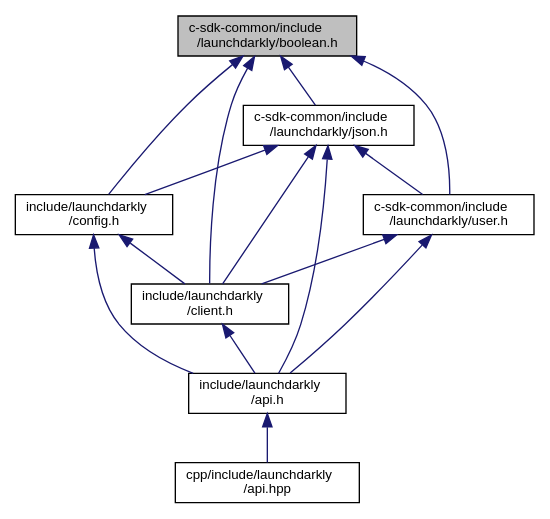
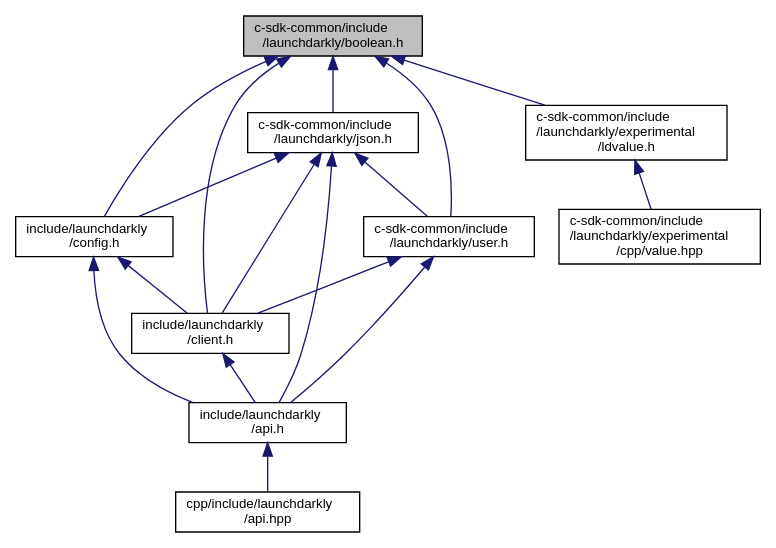
One commit to launchdarkly/c-client-sdk changed the diagram in boolean_8h__dep__incl.dot. Above: the diagram before and after it, drawn with Graphviz. The commit also changed 268 other files, not shown here.

```diff
--- a/boolean_8h__dep__incl.dot
+++ b/boolean_8h__dep__incl.dot
@@ -1,26 +1,31 @@
 digraph "c-sdk-common/include/launchdarkly/boolean.h"
 {
+ // LATEX_PDF_SIZE
   edge [fontname="Helvetica",fontsize="10",labelfontname="Helvetica",labelfontsize="10"];
   node [fontname="Helvetica",fontsize="10",shape=record];
-  Node1 [label="c-sdk-common/include\l/launchdarkly/boolean.h",height=0.2,width=0.4,color="black", fillcolor="grey75", style="filled", fontcolor="black"];
+  Node1 [label="c-sdk-common/include\l/launchdarkly/boolean.h",height=0.2,width=0.4,color="black", fillcolor="grey75", style="filled", fontcolor="black",tooltip="A custom c89 boolean type."];
   Node1 -> Node2 [dir="back",color="midnightblue",fontsize="10",style="solid",fontname="Helvetica"];
-  Node2 [label="include/launchdarkly\l/client.h",height=0.2,width=0.4,color="black", fillcolor="white", style="filled",URL="$client_8h.html",tooltip="Public Client control and variations. "];
+  Node2 [label="include/launchdarkly\l/client.h",height=0.2,width=0.4,color="black", fillcolor="white", style="filled",URL="$client_8h.html",tooltip="Public Client control and variations."];
   Node2 -> Node3 [dir="back",color="midnightblue",fontsize="10",style="solid",fontname="Helvetica"];
-  Node3 [label="include/launchdarkly\l/api.h",height=0.2,width=0.4,color="black", fillcolor="white", style="filled",URL="$api_8h.html",tooltip="Public API. Include this for every public operation. "];
+  Node3 [label="include/launchdarkly\l/api.h",height=0.2,width=0.4,color="black", fillcolor="white", style="filled",URL="$api_8h.html",tooltip="Public API. Include this for every public operation."];
   Node3 -> Node4 [dir="back",color="midnightblue",fontsize="10",style="solid",fontname="Helvetica"];
-  Node4 [label="cpp/include/launchdarkly\l/api.hpp",height=0.2,width=0.4,color="black", fillcolor="white", style="filled",URL="$api_8hpp.html",tooltip="Public C++ bindings for the LaunchDarkly Client Side C/C++ SDK. "];
+  Node4 [label="cpp/include/launchdarkly\l/api.hpp",height=0.2,width=0.4,color="black", fillcolor="white", style="filled",URL="$api_8hpp.html",tooltip="Public C++ bindings for the LaunchDarkly Client Side C/C++ SDK."];
   Node1 -> Node5 [dir="back",color="midnightblue",fontsize="10",style="solid",fontname="Helvetica"];
-  Node5 [label="include/launchdarkly\l/config.h",height=0.2,width=0.4,color="black", fillcolor="white", style="filled",URL="$config_8h.html",tooltip="Public API Interface for Configuration. "];
+  Node5 [label="include/launchdarkly\l/config.h",height=0.2,width=0.4,color="black", fillcolor="white", style="filled",URL="$config_8h.html",tooltip="Public API Interface for Configuration."];
   Node5 -> Node2 [dir="back",color="midnightblue",fontsize="10",style="solid",fontname="Helvetica"];
   Node5 -> Node3 [dir="back",color="midnightblue",fontsize="10",style="solid",fontname="Helvetica"];
   Node1 -> Node6 [dir="back",color="midnightblue",fontsize="10",style="solid",fontname="Helvetica"];
-  Node6 [label="c-sdk-common/include\l/launchdarkly/json.h",height=0.2,width=0.4,color="black", fillcolor="white", style="filled",URL="$json_8h.html",tooltip="Public API Interface for JSON usage. "];
+  Node6 [label="c-sdk-common/include\l/launchdarkly/json.h",height=0.2,width=0.4,color="black", fillcolor="white", style="filled",URL="$json_8h.html",tooltip="Public API Interface for JSON usage."];
   Node6 -> Node5 [dir="back",color="midnightblue",fontsize="10",style="solid",fontname="Helvetica"];
   Node6 -> Node2 [dir="back",color="midnightblue",fontsize="10",style="solid",fontname="Helvetica"];
   Node6 -> Node7 [dir="back",color="midnightblue",fontsize="10",style="solid",fontname="Helvetica"];
-  Node7 [label="c-sdk-common/include\l/launchdarkly/user.h",height=0.2,width=0.4,color="black", fillcolor="white", style="filled",URL="$user_8h.html",tooltip="Public API Interface for User construction. "];
+  Node7 [label="c-sdk-common/include\l/launchdarkly/user.h",height=0.2,width=0.4,color="black", fillcolor="white", style="filled",URL="$user_8h.html",tooltip="Public API Interface for User construction."];
   Node7 -> Node2 [dir="back",color="midnightblue",fontsize="10",style="solid",fontname="Helvetica"];
   Node7 -> Node3 [dir="back",color="midnightblue",fontsize="10",style="solid",fontname="Helvetica"];
   Node6 -> Node3 [dir="back",color="midnightblue",fontsize="10",style="solid",fontname="Helvetica"];
   Node1 -> Node7 [dir="back",color="midnightblue",fontsize="10",style="solid",fontname="Helvetica"];
+  Node1 -> Node8 [dir="back",color="midnightblue",fontsize="10",style="solid",fontname="Helvetica"];
+  Node8 [label="c-sdk-common/include\l/launchdarkly/experimental\l/ldvalue.h",height=0.2,width=0.4,color="black", fillcolor="white", style="filled",URL="$ldvalue_8h.html",tooltip="LDValues represent immutable JSON values."];
+  Node8 -> Node9 [dir="back",color="midnightblue",fontsize="10",style="solid",fontname="Helvetica"];
+  Node9 [label="c-sdk-common/include\l/launchdarkly/experimental\l/cpp/value.hpp",height=0.2,width=0.4,color="black", fillcolor="white", style="filled",URL="$value_8hpp_source.html",tooltip=" "];
 }
```
